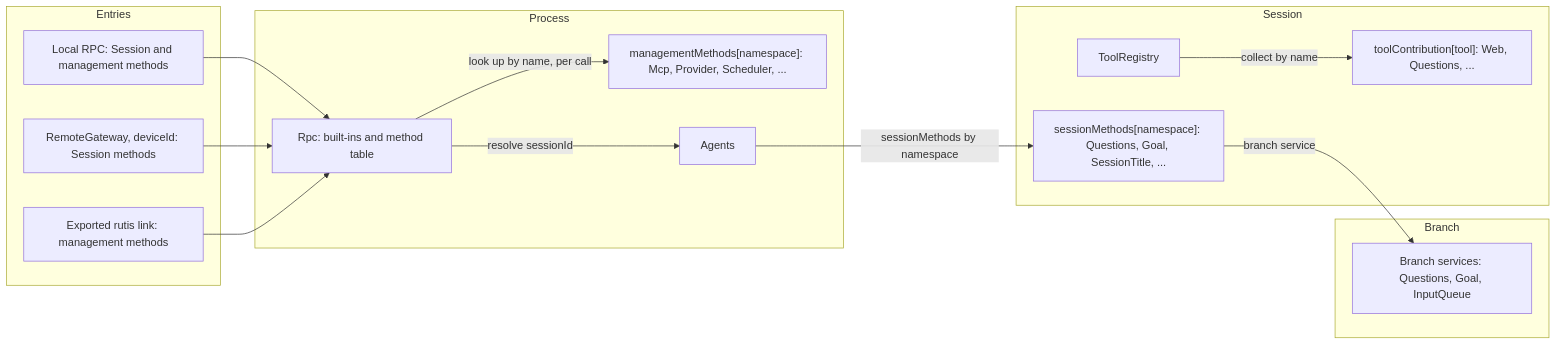
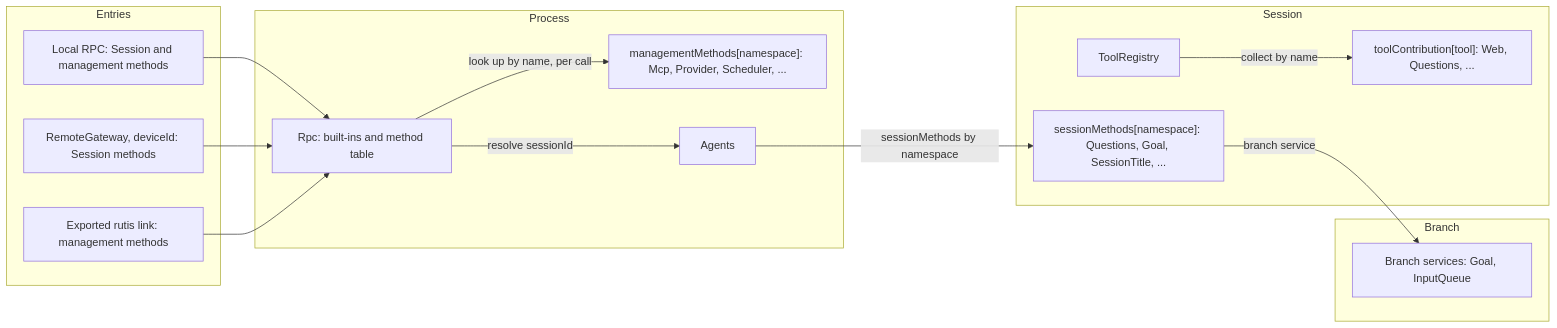
One commit to CoutinhoTTS/dim-agent changed the first of 3 diagrams in docs/design/contracts/session-boundary.md. Above: the diagram before and after it, drawn with Mermaid. The commit also changed other lines of this file and 11 other files, not shown here.

````diff
--- a/docs/design/contracts/session-boundary.md
+++ b/docs/design/contracts/session-boundary.md
@@ -21,29 +21,29 @@
 ```mermaid
 flowchart LR
   subgraph ENT["Entries"]
     Local["Local RPC: Session and management methods"]
     Remote["RemoteGateway, deviceId: Session methods"]
     Link["Exported rutis link: management methods"]
   end
   subgraph PROC["Process"]
     Rpc["Rpc: built-ins and method table"]
     MM["managementMethods[namespace]: Mcp, Provider, Scheduler, ..."]
     AI["Agents"]
   end
   subgraph SES["Session"]
     SM["sessionMethods[namespace]: Questions, Goal, SessionTitle, ..."]
     TR["ToolRegistry"]
     TC2["toolContribution[tool]: Web, Questions, ..."]
   end
   subgraph BR["Branch"]
-    BS["Branch services: Questions, Goal, InputQueue"]
+    BS["Branch services: Goal, InputQueue"]
   end
   Local --> Rpc
   Remote --> Rpc
   Link --> Rpc
   Rpc -->|"look up by name, per call"| MM
   Rpc -->|"resolve sessionId"| AI
   AI -->|"sessionMethods by namespace"| SM
   SM -->|"branch service"| BS
   TR -->|"collect by name"| TC2
 ```
````
